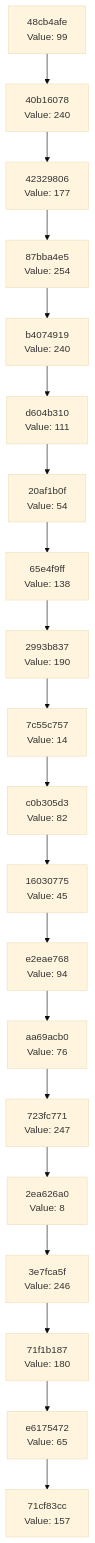
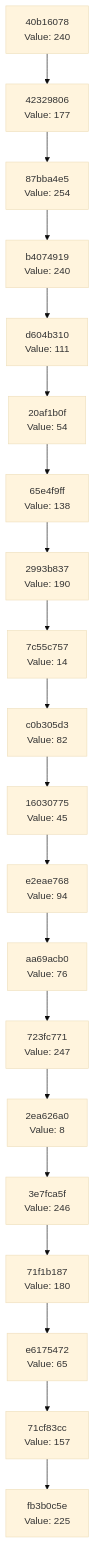
Before and after one commit to Abhisheksinha1506/hash-chain-evolver: the diagram in docs/CHAIN_VISUALIZATION.md, drawn with Mermaid (base theme). The commit also changed 2 other files, not shown here.

Commit message:
Evolution step: hash 0xE1 → action executed

````diff
--- a/docs/CHAIN_VISUALIZATION.md
+++ b/docs/CHAIN_VISUALIZATION.md
@@ -3,42 +3,42 @@
 ```mermaid
 graph TD
-    C0["71cf83cc<br/>Value: 157"]
-    C1["e6175472<br/>Value: 65"]
+    C0["fb3b0c5e<br/>Value: 225"]
+    C1["71cf83cc<br/>Value: 157"]
     C1 --> C0
-    C2["71f1b187<br/>Value: 180"]
+    C2["e6175472<br/>Value: 65"]
     C2 --> C1
-    C3["3e7fca5f<br/>Value: 246"]
+    C3["71f1b187<br/>Value: 180"]
     C3 --> C2
-    C4["2ea626a0<br/>Value: 8"]
+    C4["3e7fca5f<br/>Value: 246"]
     C4 --> C3
-    C5["723fc771<br/>Value: 247"]
+    C5["2ea626a0<br/>Value: 8"]
     C5 --> C4
-    C6["aa69acb0<br/>Value: 76"]
+    C6["723fc771<br/>Value: 247"]
     C6 --> C5
-    C7["e2eae768<br/>Value: 94"]
+    C7["aa69acb0<br/>Value: 76"]
     C7 --> C6
-    C8["16030775<br/>Value: 45"]
+    C8["e2eae768<br/>Value: 94"]
     C8 --> C7
-    C9["c0b305d3<br/>Value: 82"]
+    C9["16030775<br/>Value: 45"]
     C9 --> C8
-    C10["7c55c757<br/>Value: 14"]
+    C10["c0b305d3<br/>Value: 82"]
     C10 --> C9
-    C11["2993b837<br/>Value: 190"]
+    C11["7c55c757<br/>Value: 14"]
     C11 --> C10
-    C12["65e4f9ff<br/>Value: 138"]
+    C12["2993b837<br/>Value: 190"]
     C12 --> C11
-    C13["20af1b0f<br/>Value: 54"]
+    C13["65e4f9ff<br/>Value: 138"]
     C13 --> C12
-    C14["d604b310<br/>Value: 111"]
+    C14["20af1b0f<br/>Value: 54"]
     C14 --> C13
-    C15["b4074919<br/>Value: 240"]
+    C15["d604b310<br/>Value: 111"]
     C15 --> C14
-    C16["87bba4e5<br/>Value: 254"]
+    C16["b4074919<br/>Value: 240"]
     C16 --> C15
-    C17["42329806<br/>Value: 177"]
+    C17["87bba4e5<br/>Value: 254"]
     C17 --> C16
-    C18["40b16078<br/>Value: 240"]
+    C18["42329806<br/>Value: 177"]
     C18 --> C17
-    C19["48cb4afe<br/>Value: 99"]
+    C19["40b16078<br/>Value: 240"]
     C19 --> C18
 ```
````
